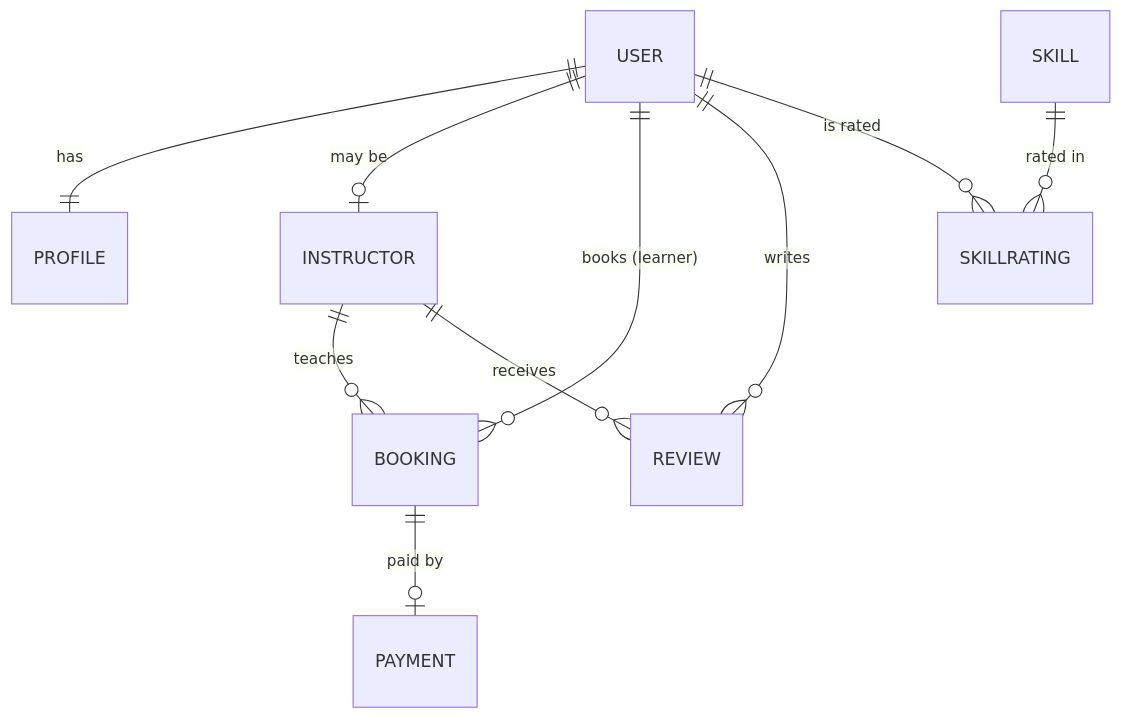
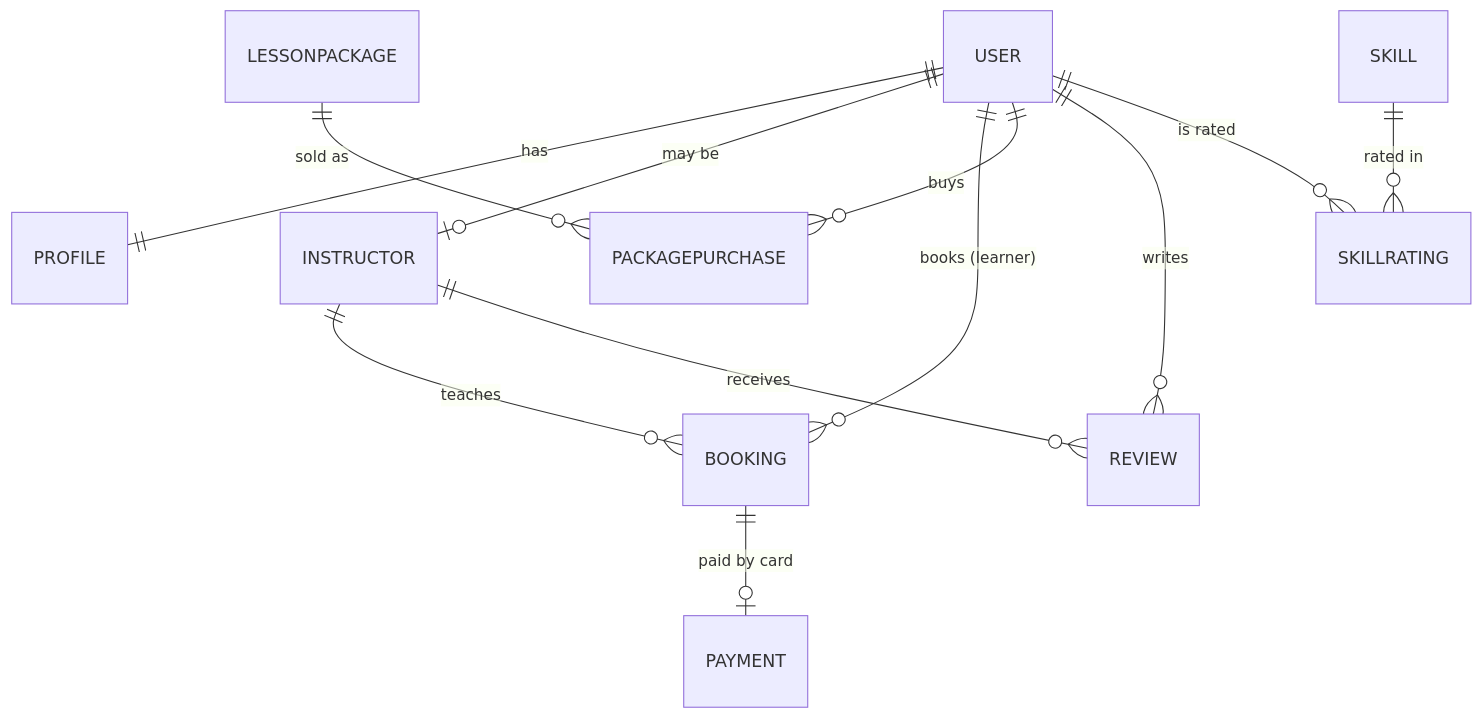
One commit to Md12Ali/DRX changed the diagram in README.md. Above: the diagram before and after it, drawn with Mermaid. The commit also changed other lines of this file and 2 other files, not shown here.

````diff
--- a/README.md
+++ b/README.md
@@ -175,12 +199,14 @@
 ```mermaid
 erDiagram
     USER ||--|| PROFILE : "has"
     USER ||--o| INSTRUCTOR : "may be"
     USER ||--o{ BOOKING : "books (learner)"
     INSTRUCTOR ||--o{ BOOKING : "teaches"
-    BOOKING ||--o| PAYMENT : "paid by"
+    BOOKING ||--o| PAYMENT : "paid by card"
+    USER ||--o{ PACKAGEPURCHASE : "buys"
+    LESSONPACKAGE ||--o{ PACKAGEPURCHASE : "sold as"
     INSTRUCTOR ||--o{ REVIEW : "receives"
     USER ||--o{ REVIEW : "writes"
     USER ||--o{ SKILLRATING : "is rated"
     SKILL ||--o{ SKILLRATING : "rated in"
 ```
````
